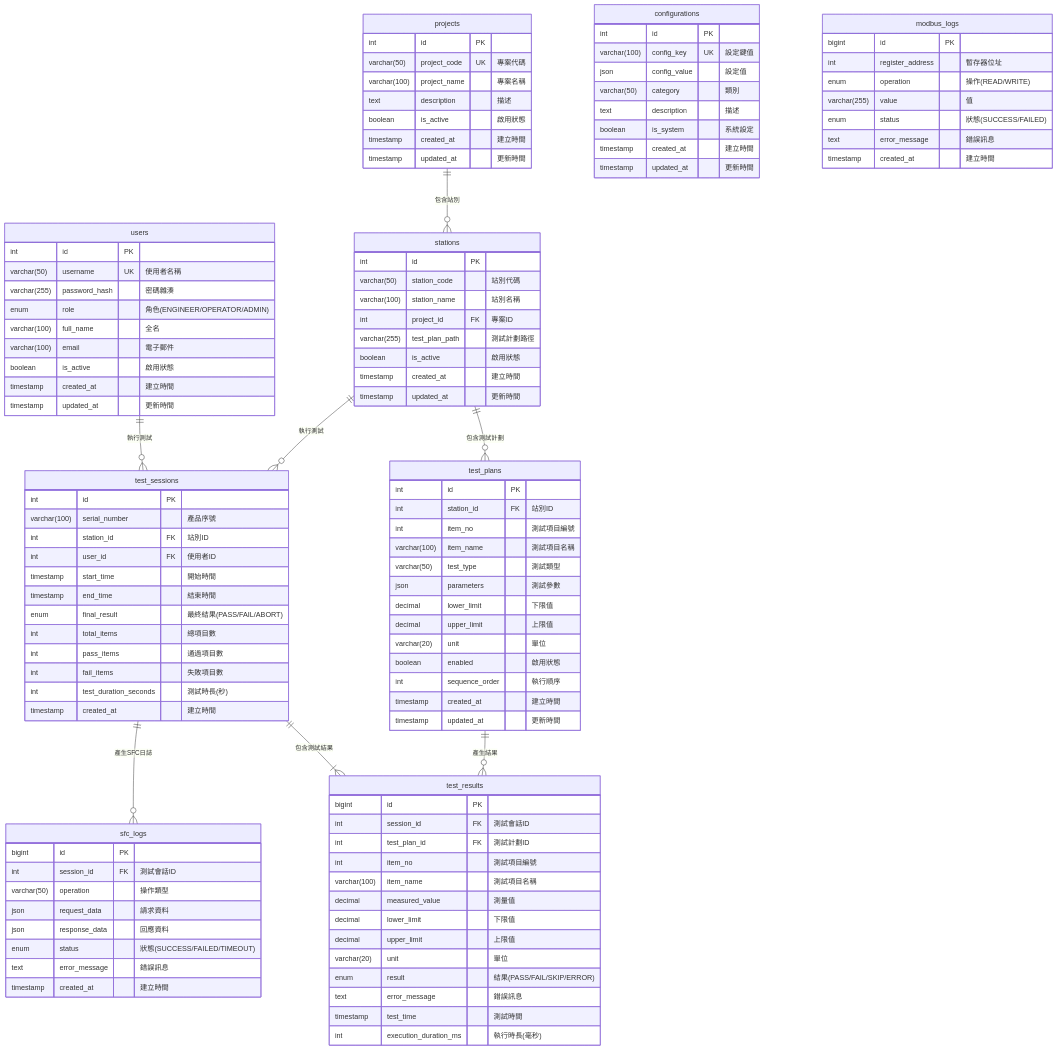
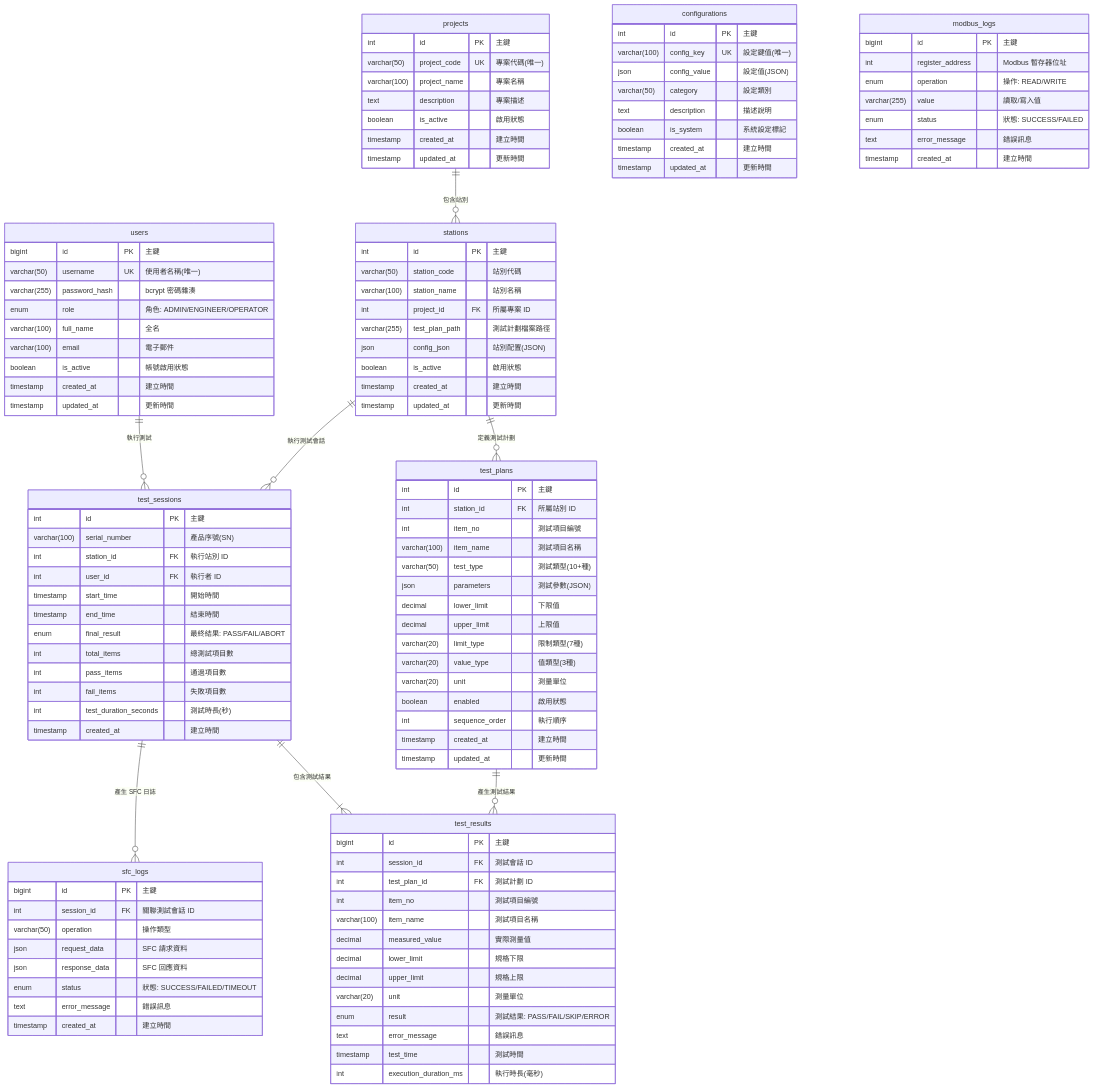
One commit to sprigga/WebPDTool changed the fourth of 4 diagrams in README.md. Above: the diagram before and after it, drawn with Mermaid. The commit also changed other lines of this file and 1 other file, not shown here.

First line of the commit message:
docs: improve Mermaid diagram readability and standards

````diff
--- a/README.md
+++ b/README.md
@@ -296,56 +342,69 @@
 ```mermaid
 erDiagram
+    %% 使用者與測試會話關係
     users ||--o{ test_sessions : "執行測試"
+
+    %% 專案與站別關係
     projects ||--o{ stations : "包含站別"
-    stations ||--o{ test_plans : "包含測試計劃"
-    stations ||--o{ test_sessions : "執行測試"
-    test_plans ||--o{ test_results : "產生結果"
+
+    %% 站別與測試計劃/會話關係
+    stations ||--o{ test_plans : "定義測試計劃"
+    stations ||--o{ test_sessions : "執行測試會話"
+
+    %% 測試計劃與測試結果關係
+    test_plans ||--o{ test_results : "產生測試結果"
+
+    %% 測試會話與測試結果/SFC日誌關係
     test_sessions ||--|{ test_results : "包含測試結果"
-    test_sessions ||--o{ sfc_logs : "產生SFC日誌"
+    test_sessions ||--o{ sfc_logs : "產生 SFC 日誌"
 
+    %% 資料表定義
     users {
-        int id PK
-        varchar(50) username UK "使用者名稱"
-        varchar(255) password_hash "密碼雜湊"
-        enum role "角色(ENGINEER/OPERATOR/ADMIN)"
+        bigint id PK "主鍵"
+        varchar(50) username UK "使用者名稱(唯一)"
+        varchar(255) password_hash "bcrypt 密碼雜湊"
+        enum role "角色: ADMIN/ENGINEER/OPERATOR"
         varchar(100) full_name "全名"
         varchar(100) email "電子郵件"
-        boolean is_active "啟用狀態"
+        boolean is_active "帳號啟用狀態"
         timestamp created_at "建立時間"
         timestamp updated_at "更新時間"
     }
 
     projects {
-        int id PK
-        varchar(50) project_code UK "專案代碼"
+        int id PK "主鍵"
+        varchar(50) project_code UK "專案代碼(唯一)"
         varchar(100) project_name "專案名稱"
-        text description "描述"
+        text description "專案描述"
         boolean is_active "啟用狀態"
         timestamp created_at "建立時間"
         timestamp updated_at "更新時間"
     }
 
     stations {
-        int id PK
+        int id PK "主鍵"
         varchar(50) station_code "站別代碼"
         varchar(100) station_name "站別名稱"
-        int project_id FK "專案ID"
-        varchar(255) test_plan_path "測試計劃路徑"
+        int project_id FK "所屬專案 ID"
+        varchar(255) test_plan_path "測試計劃檔案路徑"
+        json config_json "站別配置(JSON)"
         boolean is_active "啟用狀態"
         timestamp created_at "建立時間"
         timestamp updated_at "更新時間"
     }
 
     test_plans {
-        int id PK
-        int station_id FK "站別ID"
+        int id PK "主鍵"
+        int station_id FK "所屬站別 ID"
         int item_no "測試項目編號"
         varchar(100) item_name "測試項目名稱"
-        varchar(50) test_type "測試類型"
-        json parameters "測試參數"
+        varchar(50) test_type "測試類型(10+種)"
+        json parameters "測試參數(JSON)"
         decimal lower_limit "下限值"
         decimal upper_limit "上限值"
-        varchar(20) unit "單位"
+        varchar(20) limit_type "限制類型(7種)"
+        varchar(20) value_type "值類型(3種)"
+        varchar(20) unit "測量單位"
         boolean enabled "啟用狀態"
         int sequence_order "執行順序"
         timestamp created_at "建立時間"
@@ -353,14 +412,14 @@
     }
 
     test_sessions {
-        int id PK
-        varchar(100) serial_number "產品序號"
-        int station_id FK "站別ID"
-        int user_id FK "使用者ID"
+        int id PK "主鍵"
+        varchar(100) serial_number "產品序號(SN)"
+        int station_id FK "執行站別 ID"
+        int user_id FK "執行者 ID"
         timestamp start_time "開始時間"
         timestamp end_time "結束時間"
-        enum final_result "最終結果(PASS/FAIL/ABORT)"
-        int total_items "總項目數"
+        enum final_result "最終結果: PASS/FAIL/ABORT"
+        int total_items "總測試項目數"
         int pass_items "通過項目數"
         int fail_items "失敗項目數"
         int test_duration_seconds "測試時長(秒)"
@@ -368,49 +427,49 @@
     }
 
     test_results {
-        bigint id PK
-        int session_id FK "測試會話ID"
-        int test_plan_id FK "測試計劃ID"
+        bigint id PK "主鍵"
+        int session_id FK "測試會話 ID"
+        int test_plan_id FK "測試計劃 ID"
         int item_no "測試項目編號"
         varchar(100) item_name "測試項目名稱"
-        decimal measured_value "測量值"
-        decimal lower_limit "下限值"
-        decimal upper_limit "上限值"
-        varchar(20) unit "單位"
-        enum result "結果(PASS/FAIL/SKIP/ERROR)"
+        decimal measured_value "實際測量值"
+        decimal lower_limit "規格下限"
+        decimal upper_limit "規格上限"
+        varchar(20) unit "測量單位"
+        enum result "測試結果: PASS/FAIL/SKIP/ERROR"
         text error_message "錯誤訊息"
         timestamp test_time "測試時間"
         int execution_duration_ms "執行時長(毫秒)"
     }
 
     sfc_logs {
-        bigint id PK
-        int session_id FK "測試會話ID"
+        bigint id PK "主鍵"
+        int session_id FK "關聯測試會話 ID"
         varchar(50) operation "操作類型"
-        json request_data "請求資料"
-        json response_data "回應資料"
-        enum status "狀態(SUCCESS/FAILED/TIMEOUT)"
+        json request_data "SFC 請求資料"
+        json response_data "SFC 回應資料"
+        enum status "狀態: SUCCESS/FAILED/TIMEOUT"
         text error_message "錯誤訊息"
         timestamp created_at "建立時間"
     }
 
     configurations {
-        int id PK
-        varchar(100) config_key UK "設定鍵值"
-        json config_value "設定值"
-        varchar(50) category "類別"
-        text description "描述"
-        boolean is_system "系統設定"
+        int id PK "主鍵"
+        varchar(100) config_key UK "設定鍵值(唯一)"
+        json config_value "設定值(JSON)"
+        varchar(50) category "設定類別"
+        text description "描述說明"
+        boolean is_system "系統設定標記"
         timestamp created_at "建立時間"
         timestamp updated_at "更新時間"
     }
 
     modbus_logs {
-        bigint id PK
-        int register_address "暫存器位址"
-        enum operation "操作(READ/WRITE)"
-        varchar(255) value "值"
-        enum status "狀態(SUCCESS/FAILED)"
+        bigint id PK "主鍵"
+        int register_address "Modbus 暫存器位址"
+        enum operation "操作: READ/WRITE"
+        varchar(255) value "讀取/寫入值"
+        enum status "狀態: SUCCESS/FAILED"
         text error_message "錯誤訊息"
         timestamp created_at "建立時間"
     }
````
